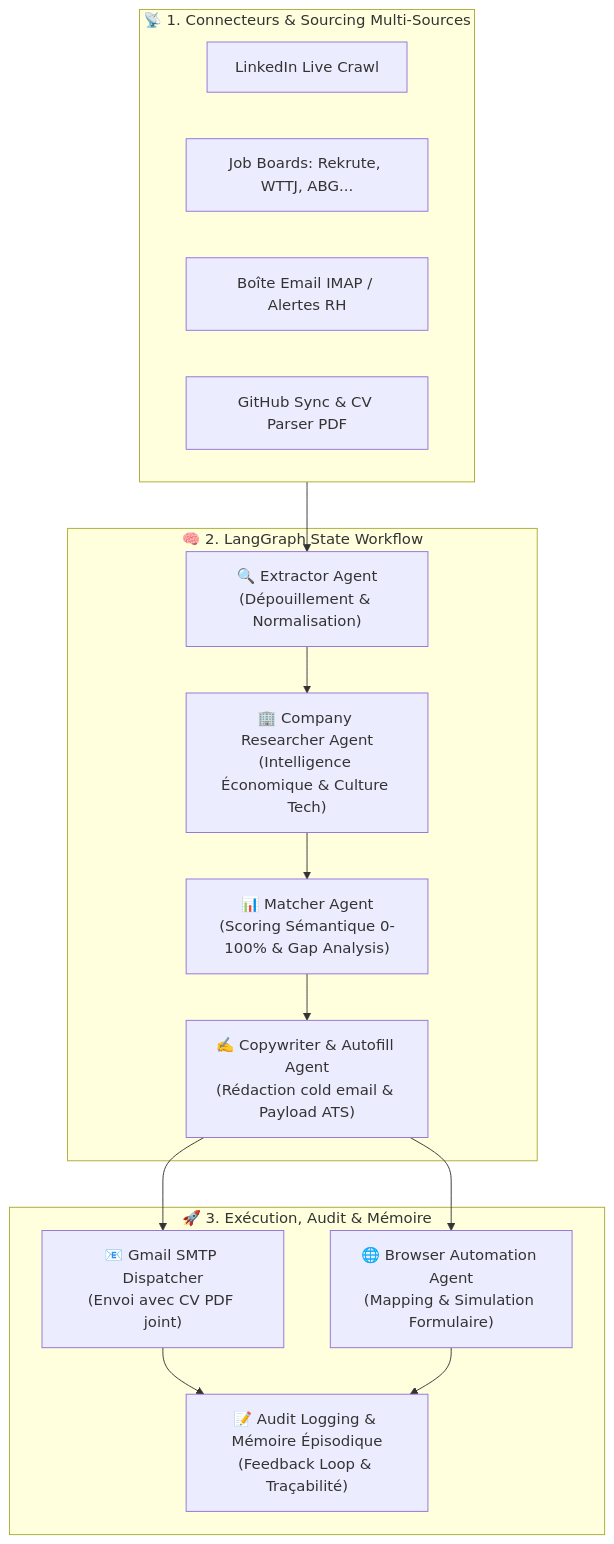
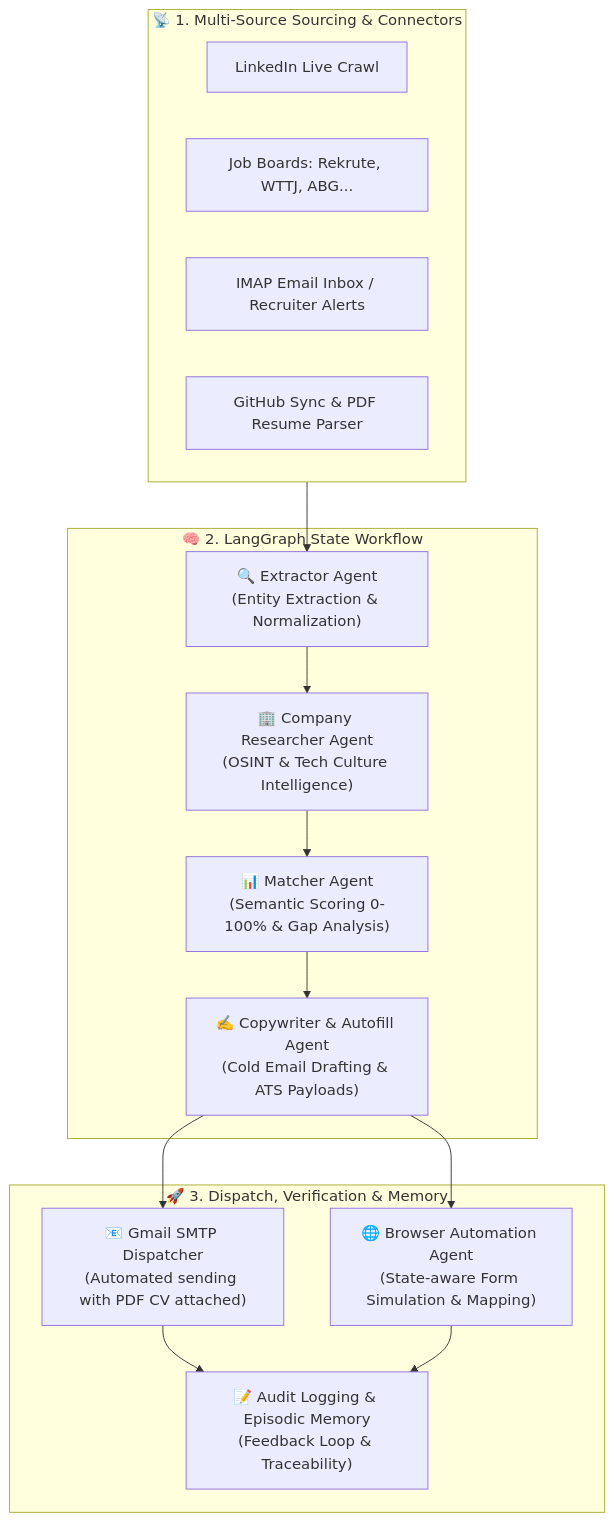
The diagram in README.md (Yousra-khallou/Pfe-job-hunter), drawn with Mermaid before and after one commit. The commit also changed other lines of this file, not shown here.

````diff
--- a/README.md
+++ b/README.md
@@ -19,32 +19,32 @@
 ```mermaid
 flowchart TD
-    subgraph Sourcing ["📡 1. Connecteurs & Sourcing Multi-Sources"]
+    subgraph Sourcing ["📡 1. Multi-Source Sourcing & Connectors"]
         W1[LinkedIn Live Crawl]
         W2[Job Boards: Rekrute, WTTJ, ABG...]
-        W3[Boîte Email IMAP / Alertes RH]
-        W4[GitHub Sync & CV Parser PDF]
+        W3[IMAP Email Inbox / Recruiter Alerts]
+        W4[GitHub Sync & PDF Resume Parser]
     end
 
     subgraph CoreGraph ["🧠 2. LangGraph State Workflow"]
-        EXT["🔍 Extractor Agent\n(Dépouillement & Normalisation)"]
-        RES["🏢 Company Researcher Agent\n(Intelligence Économique & Culture Tech)"]
-        MAT["📊 Matcher Agent\n(Scoring Sémantique 0-100% & Gap Analysis)"]
-        COP["✍️ Copywriter & Autofill Agent\n(Rédaction cold email & Payload ATS)"]
+        EXT["🔍 Extractor Agent\n(Entity Extraction & Normalization)"]
+        RES["🏢 Company Researcher Agent\n(OSINT & Tech Culture Intelligence)"]
+        MAT["📊 Matcher Agent\n(Semantic Scoring 0-100% & Gap Analysis)"]
+        COP["✍️ Copywriter & Autofill Agent\n(Cold Email Drafting & ATS Payloads)"]
         
         EXT --> RES
         RES --> MAT
         MAT --> COP
     end
 
-    subgraph ActionAudit ["🚀 3. Exécution, Audit & Mémoire"]
-        MAIL["📧 Gmail SMTP Dispatcher\n(Envoi avec CV PDF joint)"]
-        AUTO["🌐 Browser Automation Agent\n(Mapping & Simulation Formulaire)"]
-        AUD["📝 Audit Logging & Mémoire Épisodique\n(Feedback Loop & Traçabilité)"]
+    subgraph ActionAudit ["🚀 3. Dispatch, Verification & Memory"]
+        MAIL["📧 Gmail SMTP Dispatcher\n(Automated sending with PDF CV attached)"]
+        AUTO["🌐 Browser Automation Agent\n(State-aware Form Simulation & Mapping)"]
+        AUD["📝 Audit Logging & Episodic Memory\n(Feedback Loop & Traceability)"]
     end
 
     Sourcing --> EXT
     COP --> MAIL
     COP --> AUTO
     MAIL --> AUD
     AUTO --> AUD
 ```
````
